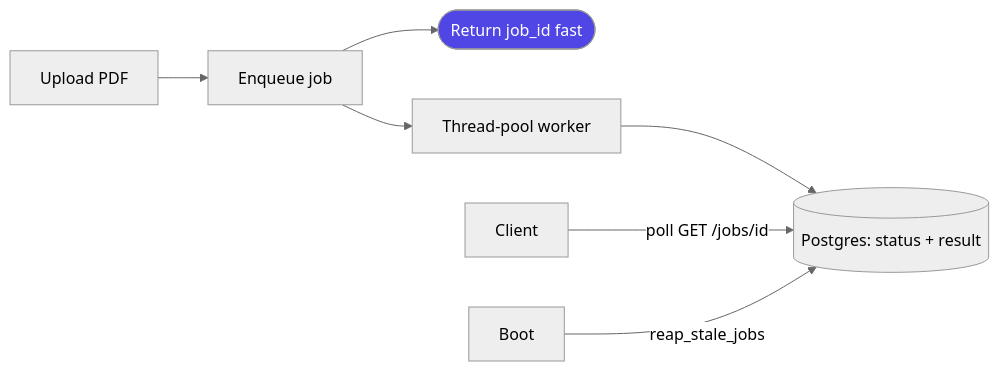
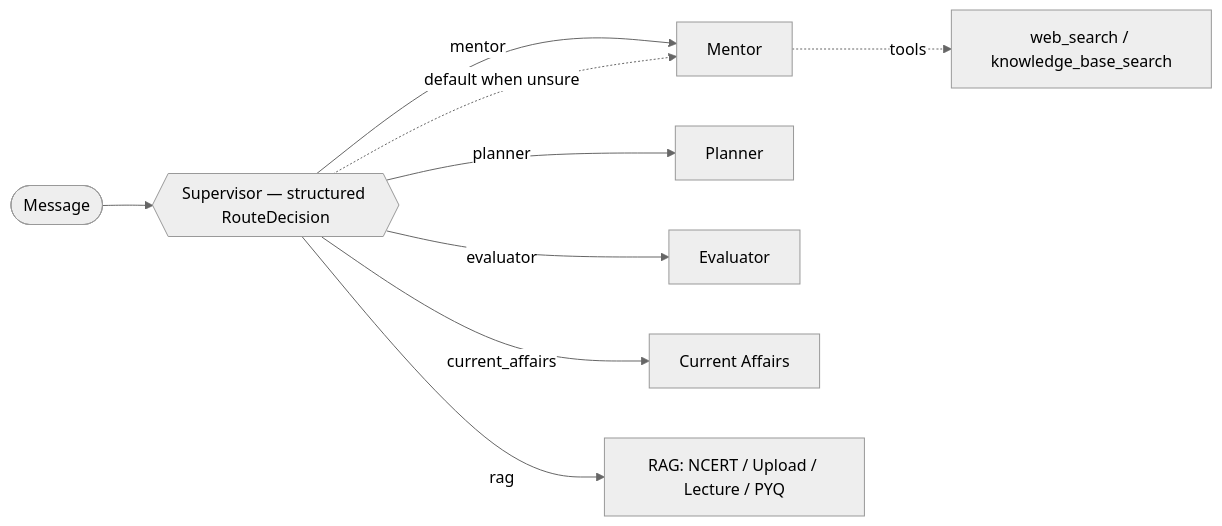
Before and after one commit to Vishal-AI-ML/upsc-agentic-ai: the third of 4 diagrams in README.md, drawn with Mermaid (neutral theme). The commit also changed other lines of this file and 62 other files, not shown here.

````diff
--- a/README.md
+++ b/README.md
@@ -253,9 +117,11 @@
 ```mermaid
 flowchart LR
-    U[Upload PDF] --> E[Enqueue job] --> R([Return job_id fast])
-    E --> W[Thread-pool worker]
-    W --> P[(Postgres: status + result)]
-    C[Client] -->|poll GET /jobs/id| P
-    B[Boot] -->|reap_stale_jobs| P
-    style R fill:#4F46E5,color:#fff
+    Q([Message]) --> S{{Supervisor — structured RouteDecision}}
+    S -->|mentor| M[Mentor]
+    S -->|planner| P[Planner]
+    S -->|evaluator| E[Evaluator]
+    S -->|current_affairs| C[Current Affairs]
+    S -->|rag| R[RAG: NCERT / Upload / Lecture / PYQ]
+    M -.tools.-> T[web_search / knowledge_base_search]
+    S -.default when unsure.-> M
 ```
````
